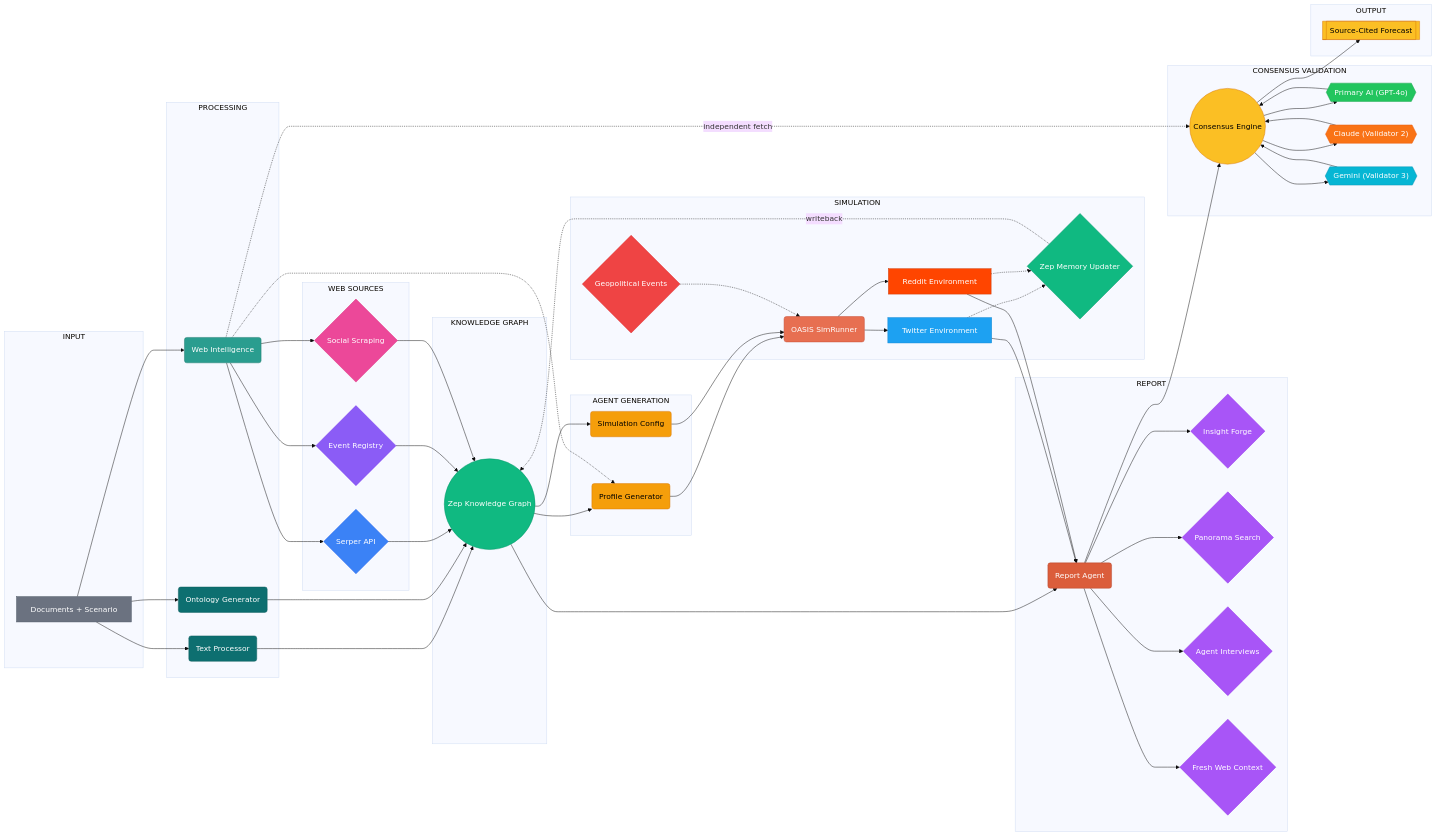
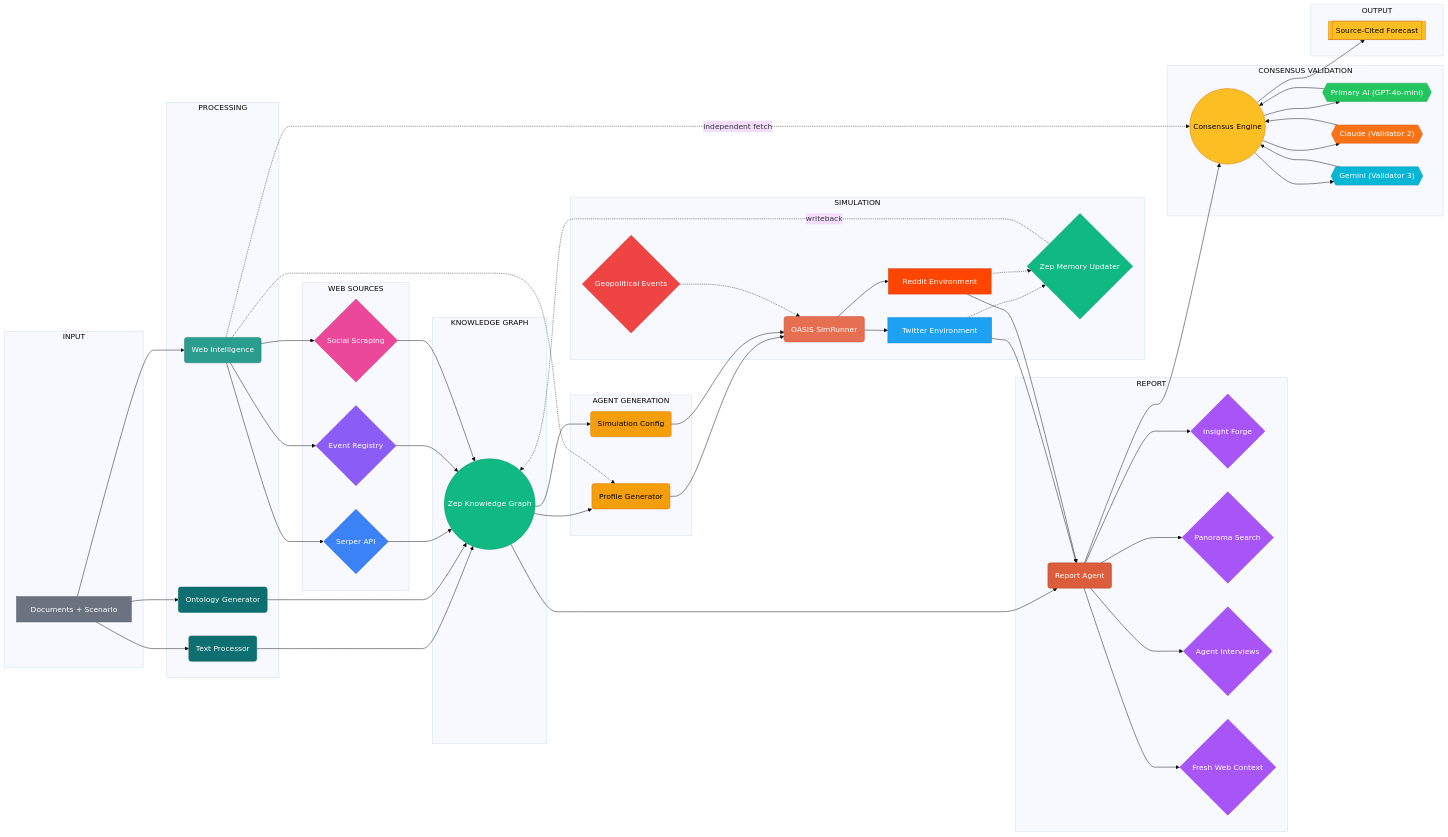
Before and after one commit to inbharatai/phoring: the first of 2 diagrams in README.md, drawn with Mermaid (base theme). The commit also changed other lines of this file and 2 other files, not shown here.

Commit message:
docs(readme): make hosting+model claims accurate and bulletproof
- Live badge: phoring.inbharat.ai (DNS not yet pointed) -> GCE 35.200.201.102
- Mermaid primary node: GPT-4o -> GPT-4o-mini (matches live deploy + Quick Start)
- deploy/gce/.env.gce.example: primary LLM now OpenAI gpt-4o-mini (matches
  live deploy), with a how-to note for swapping Gemini in as primary;
  Gemini remains Validator 3
- deploy/gce/README.md submission framing: corrected from 'uses Gemini for
  reasoning' (only validator 3 is Gemini) to 'uses OpenAI GPT-4o-mini for
  primary reasoning and Google Gemini 2.0 Flash for multi-model consensus
  validation'
- No secrets touched; .env ignored at every depth; only *.example placeholders tracked

```diff
--- a/README.md
+++ b/README.md
@@ -131,7 +131,7 @@
 
     subgraph CONSENSUS["CONSENSUS VALIDATION"]
         consensus(("Consensus Engine"))
-        ai1{{"Primary AI (GPT-4o)"}}
+        ai1{{"Primary AI (GPT-4o-mini)"}}
         ai2{{"Claude (Validator 2)"}}
         ai3{{"Gemini (Validator 3)"}}
     end
```
